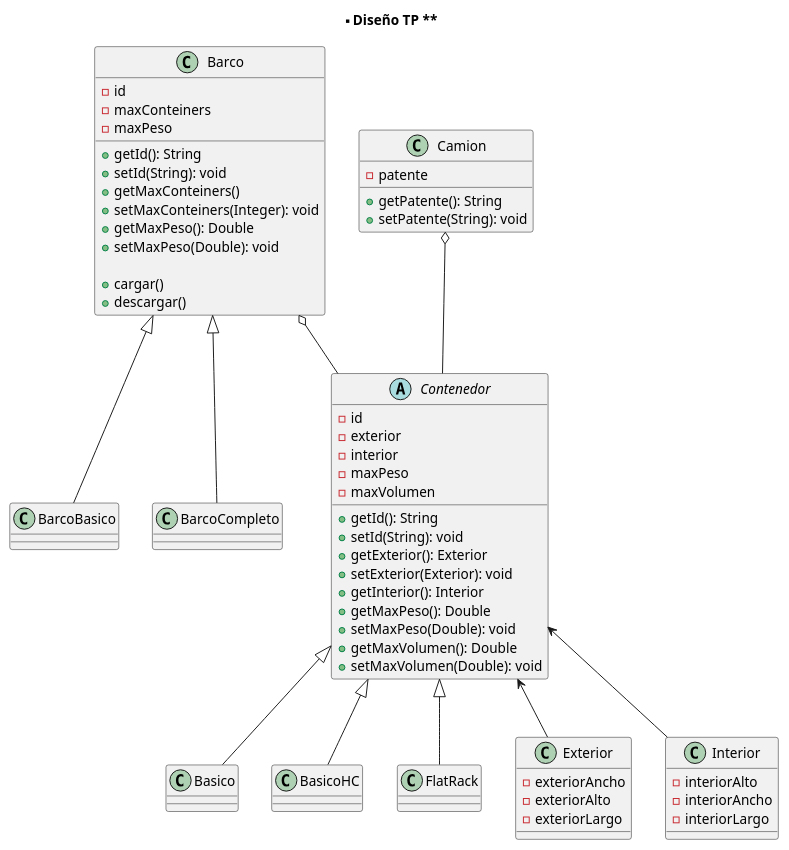
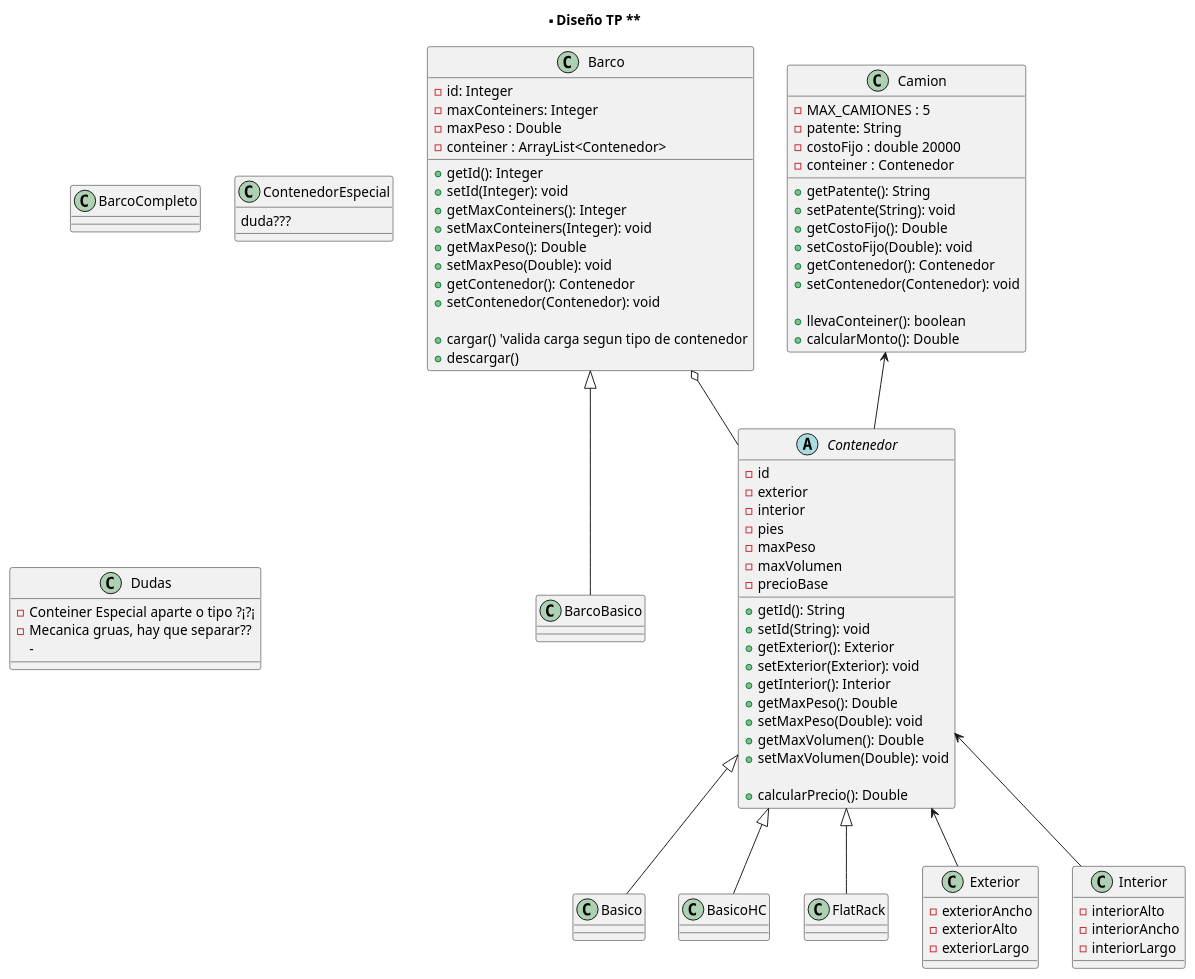
Before and after one commit to LMontes94/TP-Containers: the diagram in Diagrama/TP-Containers.puml, drawn with PlantUML.

Commit message:
Completando UML

```diff
--- a/Diagrama/TP-Containers.puml
+++ b/Diagrama/TP-Containers.puml
@@ -1,90 +1,117 @@
 @startuml
 
 title ** Diseño TP **
 
 class Barco{
-   - id
-   - maxConteiners
-   - maxPeso
+   - id: Integer
+   - maxConteiners: Integer
+   - maxPeso : Double 
+   - conteiner : ArrayList<Contenedor>
 
-   + getId(): String 
-   + setId(String): void
-   + getMaxConteiners()
+   + getId(): Integer 
+   + setId(Integer): void
+   + getMaxConteiners(): Integer 
    + setMaxConteiners(Integer): void
    + getMaxPeso(): Double
    + setMaxPeso(Double): void
-
-   + cargar()
+   + getContenedor(): Contenedor
+   + setContenedor(Contenedor): void
+   
+   + cargar() 'valida carga segun tipo de contenedor
    + descargar()
 }
 
 Barco <|-- BarcoBasico
-Barco <|-- BarcoCompleto
 Barco o-- Contenedor
 
 class BarcoBasico{
 
 }
 
 class BarcoCompleto{
 
 }
 
 class Camion{
-   - patente 
+   - MAX_CAMIONES : 5
+   - patente: String 
+   - costoFijo : double 20000 
+   - conteiner : Contenedor 
 
    + getPatente(): String
    + setPatente(String): void
+   + getCostoFijo(): Double 
+   + setCostoFijo(Double): void
+   + getContenedor(): Contenedor
+   + setContenedor(Contenedor): void
+
+   + llevaConteiner(): boolean
+   + calcularMonto(): Double
 }
 
-Camion o-- Contenedor
+Camion <-- Contenedor
 
 abstract Class Contenedor{
    - id
    - exterior
    - interior
+   - pies 
    - maxPeso
    - maxVolumen
+   - precioBase
    
    + getId(): String 
    + setId(String): void
    + getExterior(): Exterior
    + setExterior(Exterior): void
    + getInterior(): Interior
    + getMaxPeso(): Double
    + setMaxPeso(Double): void
    + getMaxVolumen(): Double
    + setMaxVolumen(Double): void 
+
+   + calcularPrecio(): Double 
 }
+
 
 Contenedor <|-- Basico
 Contenedor <|-- BasicoHC
 Contenedor <|-- FlatRack
 Contenedor <-- Exterior
 Contenedor <-- Interior
 
 Class Basico{
 
 }
 
 Class BasicoHC{
 
 } 
 
 Class FlatRack{
 
 }
 
+class ContenedorEspecial{
+   duda???
+}
+
 Class Exterior{
    - exteriorAncho
    - exteriorAlto
    - exteriorLargo
 }
 
 Class Interior{
    - interiorAlto
    - interiorAncho
    - interiorLargo
 }
 
+
+class Dudas{ 
+   - Conteiner Especial aparte o tipo ?¡?¡
+   - Mecanica gruas, hay que separar??
+   -  
+}
 @enduml
```
